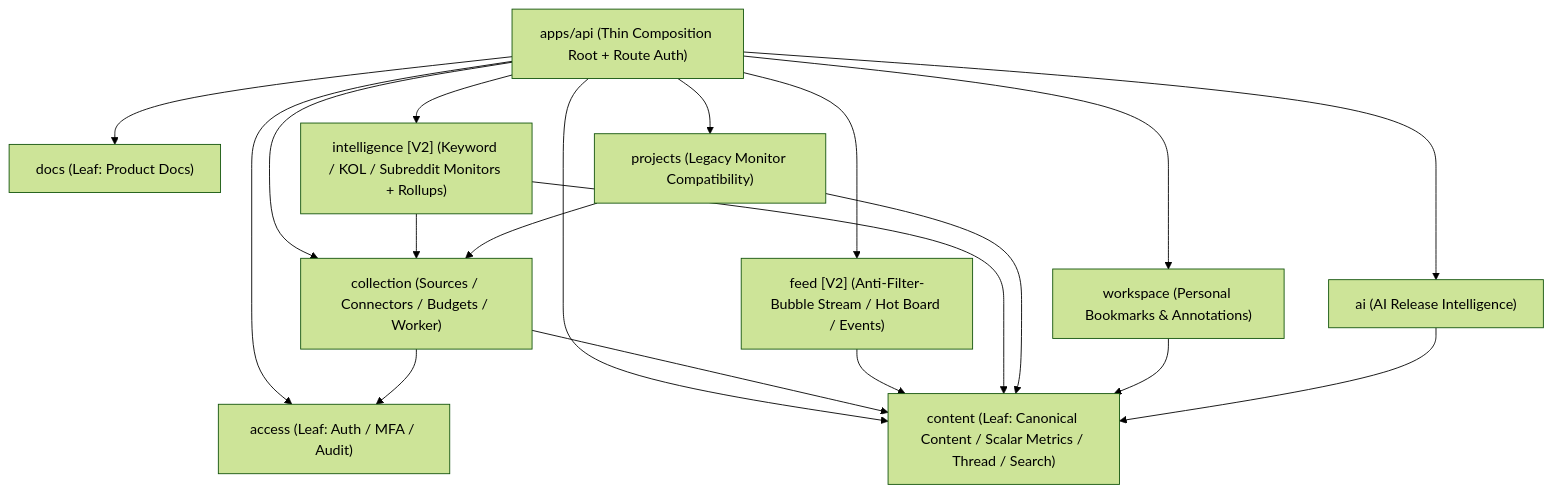
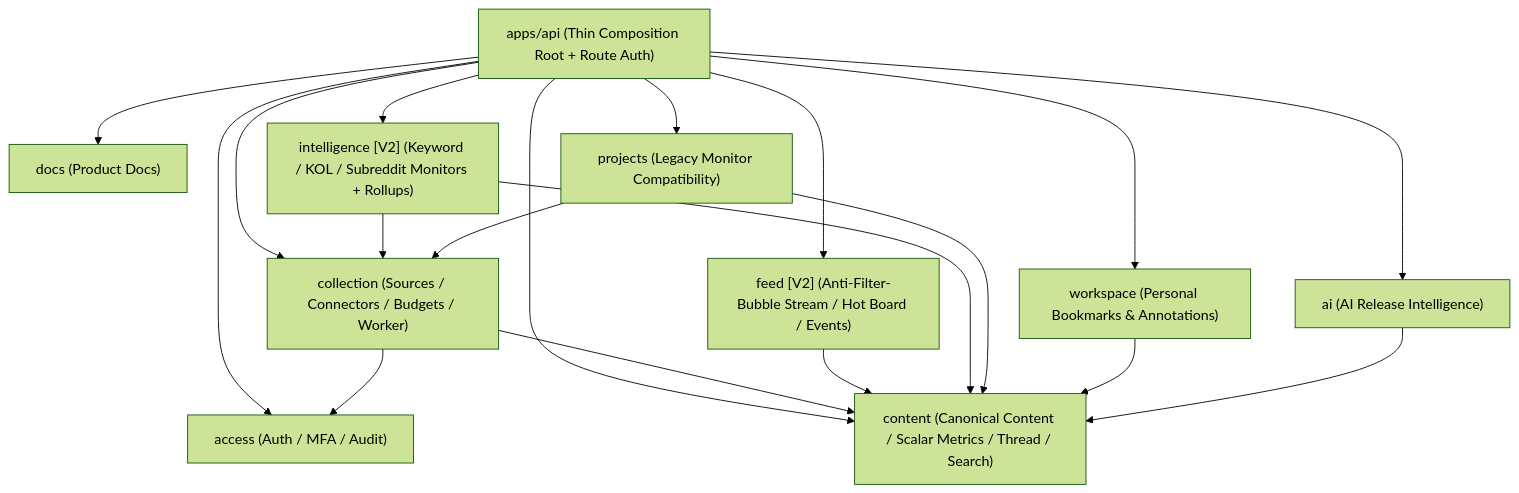
The diagram in docs/architecture.md (Euroish/reddit-monitoring-mvp), drawn with Mermaid (forest theme) before and after one commit. The commit also changed other lines of this file and 3 other files, not shown here.

````diff
--- a/docs/architecture.md
+++ b/docs/architecture.md
@@ -33,22 +35,22 @@
 ```mermaid
 flowchart TD
-  APP["apps/api (Thin Composition Root + Route Auth)"] --> ACCESS["access (Leaf: Auth / MFA / Audit)"]
-  APP --> DOCS["docs (Leaf: Product Docs)"]
-  APP --> CONTENT["content (Leaf: Canonical Content / Scalar Metrics / Thread / Search)"]
+  APP["apps/api (Thin Composition Root + Route Auth)"] --> ACCESS["access (Auth / MFA / Audit)"]
+  APP --> DOCS["docs (Product Docs)"]
+  APP --> CONTENT["content (Canonical Content / Scalar Metrics / Thread / Search)"]
   APP --> COLLECTION["collection (Sources / Connectors / Budgets / Worker)"]
   APP --> FEED["feed [V2] (Anti-Filter-Bubble Stream / Hot Board / Events)"]
   APP --> INTEL["intelligence [V2] (Keyword / KOL / Subreddit Monitors + Rollups)"]
   APP --> PROJECTS["projects (Legacy Monitor Compatibility)"]
   APP --> WORKSPACE["workspace (Personal Bookmarks & Annotations)"]
   APP --> AI["ai (AI Release Intelligence)"]
 
   COLLECTION --> ACCESS
   COLLECTION --> CONTENT
   FEED --> CONTENT
   INTEL --> CONTENT
   INTEL --> COLLECTION
   PROJECTS --> CONTENT
   PROJECTS --> COLLECTION
   WORKSPACE --> CONTENT
   AI --> CONTENT
 ```
````
